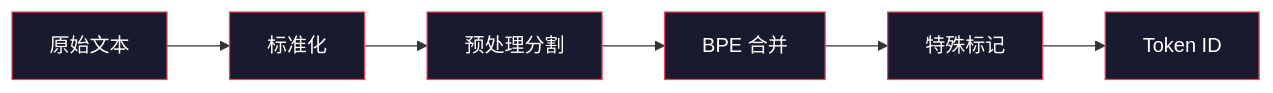
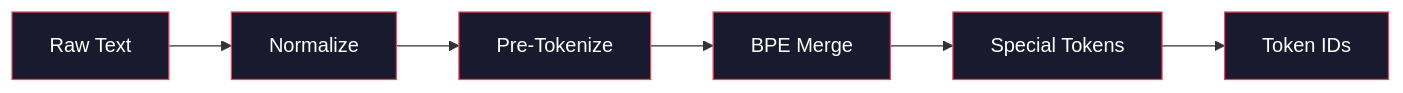
The diagram in i18n/zh/phases/10-llms-from-scratch/02-building-a-tokenizer/docs/zh.md (xiaojiaenen/ai-engineering-from-scratch-zh), drawn with Mermaid before and after one commit. The commit also changed other lines of this file and 24 other files, not shown here.

````diff
--- a/i18n/zh/phases/10-llms-from-scratch/02-building-a-tokenizer/docs/zh.md
+++ b/i18n/zh/phases/10-llms-from-scratch/02-building-a-tokenizer/docs/zh.md
@@ -35,15 +35,15 @@
 ```mermaid
 graph LR
-    A[原始文本] --> B[标准化]
-    B --> C[预处理分割]
-    C --> D[BPE 合并]
-    D --> E[特殊标记]
-    E --> F[Token ID]
+    A[Raw Text] --> B[Normalize]
+    B --> C[Pre-Tokenize]
+    C --> D[BPE Merge]
+    D --> E[Special Tokens]
+    E --> F[Token IDs]
 
     style A fill:#1a1a2e,stroke:#e94560,color:#fff
     style B fill:#1a1a2e,stroke:#e94560,color:#fff
     style C fill:#1a1a2e,stroke:#e94560,color:#fff
     style D fill:#1a1a2e,stroke:#e94560,color:#fff
     style E fill:#1a1a2e,stroke:#e94560,color:#fff
     style F fill:#1a1a2e,stroke:#e94560,color:#fff
 ```
````
